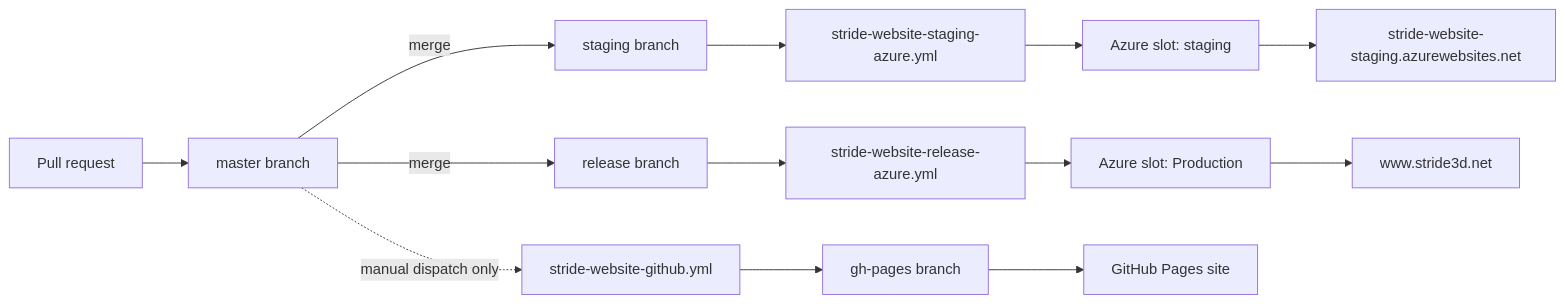
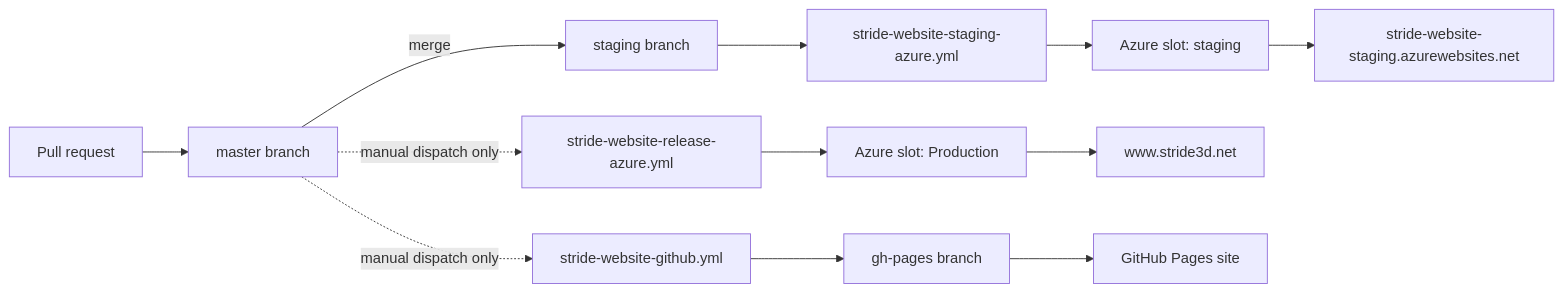
The first of 3 diagrams in en/contributors/website/github-actions.md (stride3d/stride-docs), drawn with Mermaid before and after one commit. The commit also changed other lines of this file and 4 other files, not shown here.

Commit message:
chore: Production deploys purge the Azure Front Door cache of what they replaced; the website workflows docs follow the manual release from master and the Staging environment of the staging deploy

````diff
--- a/en/contributors/website/github-actions.md
+++ b/en/contributors/website/github-actions.md
@@ -15,18 +15,17 @@
 ``` mermaid
 flowchart LR
     PR[Pull request] --> master[master branch]
     master -->|merge| staging[staging branch]
-    master -->|merge| release[release branch]
 
     staging --> WS[stride-website-staging-azure.yml]
-    release --> WR[stride-website-release-azure.yml]
+    master -.->|manual dispatch only| WR[stride-website-release-azure.yml]
     master -.->|manual dispatch only| WG[stride-website-github.yml]
 
     WS --> AS[Azure slot: staging]
     WR --> AP[Azure slot: Production]
     WG --> GH[gh-pages branch]
 
     AS --> URLS[stride-website-staging.azurewebsites.net]
     AP --> URLP[www.stride3d.net]
     GH --> URLG[GitHub Pages site]
 ```
````
